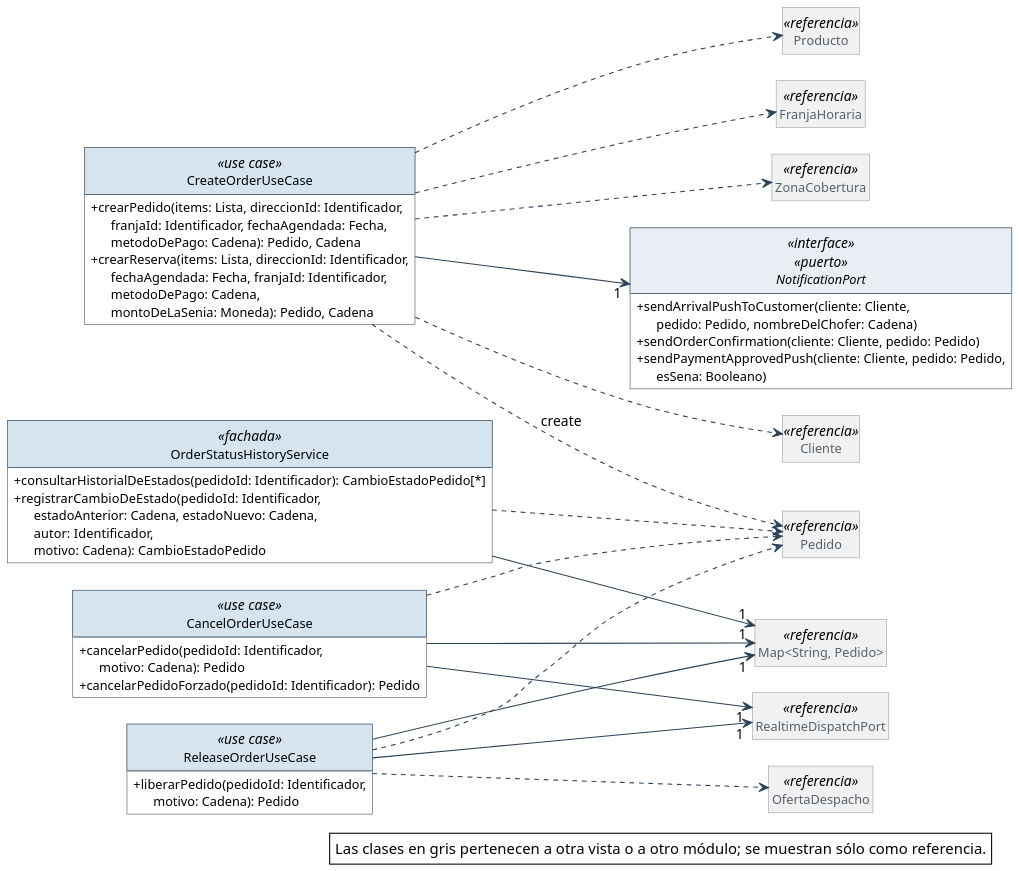
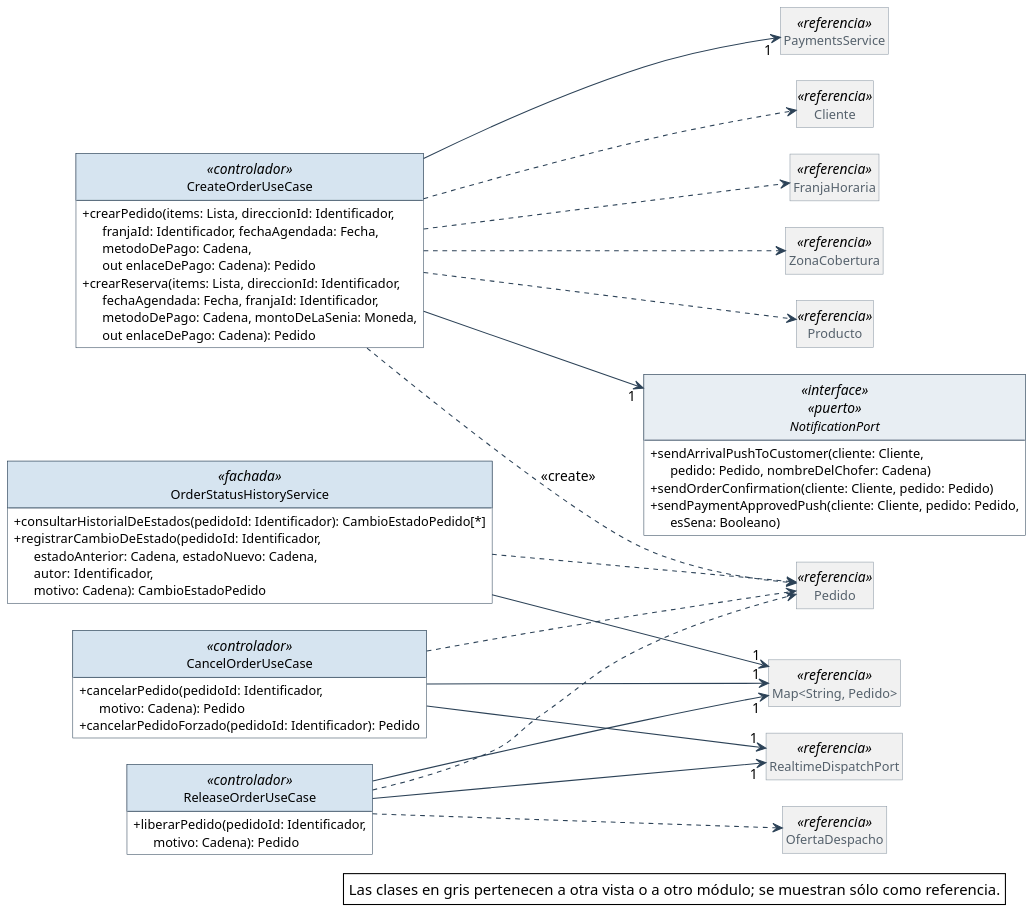
Before and after one commit to Nahuelito-Dev/splg-docs: the diagram in diagramas/clases-diseno/DC_Mod_Pedidos-alta.puml, drawn with PlantUML. The commit also changed 263 other files, not shown here.

```diff
--- a/diagramas/clases-diseno/DC_Mod_Pedidos-alta.puml
+++ b/diagramas/clases-diseno/DC_Mod_Pedidos-alta.puml
@@ -1,111 +1,113 @@
 @startuml
 skinparam backgroundColor #FFFFFF
 skinparam shadowing false
 skinparam defaultFontName Helvetica
 skinparam defaultFontSize 13
 skinparam dpi 150
 skinparam nodesep 40
 skinparam ranksep 55
 skinparam classAttributeIconSize 0
 skinparam roundCorner 0
 skinparam genericDisplay old
 skinparam class {
   BorderColor #2C4257
   BackgroundColor #FFFFFF
   ArrowColor #2C4257
   FontSize 14
   AttributeFontSize 12
   HeaderBackgroundColor #E8EEF3
 }
 skinparam class<<referencia>> {
   BackgroundColor #F1F1F1
   BorderColor #8A97A3
   FontColor #55616C
 }
 skinparam class<<fachada>> {
   HeaderBackgroundColor #D6E4F0
 }
-skinparam class<<use case>> {
+skinparam class<<controlador>> {
   HeaderBackgroundColor #D6E4F0
 }
 skinparam class<<fabricación pura>> {
   HeaderBackgroundColor #F3E9CF
 }
 skinparam class<<colección>> {
   HeaderBackgroundColor #E6E6E6
 }
 skinparam class<<adaptador>> {
   HeaderBackgroundColor #DCEBDD
 }
 skinparam interface {
   BorderColor #2C4257
   BackgroundColor #FFFFFF
   HeaderBackgroundColor #DCEBDD
   FontSize 14
   AttributeFontSize 12
 }
 skinparam note {
   BackgroundColor #FFFFFF
   BorderColor #2C4257
 }
 skinparam packageStyle rectangle
 skinparam package {
   BorderColor #8A97A3
   FontSize 13
   FontColor #55616C
 }
 hide circle
 hide empty members
 
 left to right direction
 skinparam nodesep 25
 skinparam ranksep 90
-class CreateOrderUseCase <<use case>> {
-  + crearPedido(items: Lista, direccionId: Identificador,\n      franjaId: Identificador, fechaAgendada: Fecha,\n      metodoDePago: Cadena): Pedido, Cadena
-  + crearReserva(items: Lista, direccionId: Identificador,\n      fechaAgendada: Fecha, franjaId: Identificador,\n      metodoDePago: Cadena,\n      montoDeLaSenia: Moneda): Pedido, Cadena
+class CreateOrderUseCase <<controlador>> {
+  + crearPedido(items: Lista, direccionId: Identificador,\n      franjaId: Identificador, fechaAgendada: Fecha,\n      metodoDePago: Cadena,\n      out enlaceDePago: Cadena): Pedido
+  + crearReserva(items: Lista, direccionId: Identificador,\n      fechaAgendada: Fecha, franjaId: Identificador,\n      metodoDePago: Cadena, montoDeLaSenia: Moneda,\n      out enlaceDePago: Cadena): Pedido
 }
-class CancelOrderUseCase <<use case>> {
+class CancelOrderUseCase <<controlador>> {
   + cancelarPedido(pedidoId: Identificador,\n      motivo: Cadena): Pedido
   + cancelarPedidoForzado(pedidoId: Identificador): Pedido
 }
-class ReleaseOrderUseCase <<use case>> {
+class ReleaseOrderUseCase <<controlador>> {
   + liberarPedido(pedidoId: Identificador,\n      motivo: Cadena): Pedido
 }
 interface NotificationPort <<interface>> <<puerto>> {
   + sendArrivalPushToCustomer(cliente: Cliente,\n      pedido: Pedido, nombreDelChofer: Cadena)
   + sendOrderConfirmation(cliente: Cliente, pedido: Pedido)
   + sendPaymentApprovedPush(cliente: Cliente, pedido: Pedido,\n      esSena: Booleano)
 }
 class OrderStatusHistoryService <<fachada>> {
   + consultarHistorialDeEstados(pedidoId: Identificador): CambioEstadoPedido[*]
   + registrarCambioDeEstado(pedidoId: Identificador,\n      estadoAnterior: Cadena, estadoNuevo: Cadena,\n      autor: Identificador,\n      motivo: Cadena): CambioEstadoPedido
 }
 class "Map<String, Pedido>" as Map_String_Pedido <<referencia>>
 class RealtimeDispatchPort <<referencia>>
+class PaymentsService <<referencia>>
+class Cliente <<referencia>>
+class FranjaHoraria <<referencia>>
 class Pedido <<referencia>>
-class Cliente <<referencia>>
+class OfertaDespacho <<referencia>>
+class ZonaCobertura <<referencia>>
 class Producto <<referencia>>
-class FranjaHoraria <<referencia>>
-class ZonaCobertura <<referencia>>
-class OfertaDespacho <<referencia>>
 
 CancelOrderUseCase --> "1" Map_String_Pedido
 CancelOrderUseCase --> "1" RealtimeDispatchPort
 CreateOrderUseCase --> "1" NotificationPort
+CreateOrderUseCase --> "1" PaymentsService
 OrderStatusHistoryService --> "1" Map_String_Pedido
 ReleaseOrderUseCase --> "1" Map_String_Pedido
 ReleaseOrderUseCase --> "1" RealtimeDispatchPort
 CancelOrderUseCase ..> Pedido
 CreateOrderUseCase ..> Cliente
 CreateOrderUseCase ..> FranjaHoraria
-CreateOrderUseCase ..> Pedido : «create»
+CreateOrderUseCase ..> Pedido : <<create>>
 CreateOrderUseCase ..> Producto
 CreateOrderUseCase ..> ZonaCobertura
 OrderStatusHistoryService ..> Pedido
 ReleaseOrderUseCase ..> OfertaDespacho
 ReleaseOrderUseCase ..> Pedido
 
 legend bottom right
   Las clases en gris pertenecen a otra vista o a otro módulo; se muestran sólo como referencia.
 endlegend
 @enduml
```
